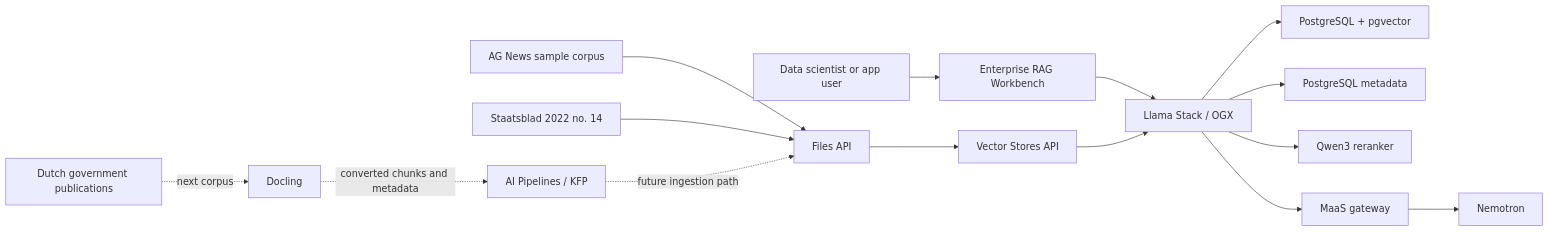
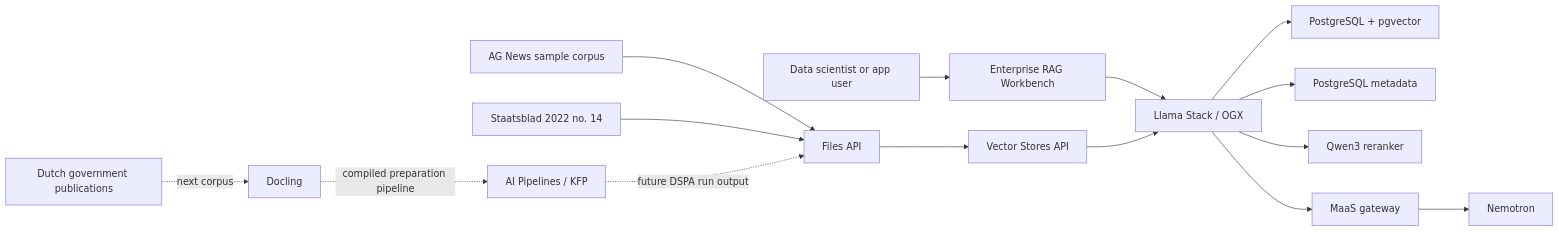
One commit to adnan-drina/rhoai3-demo changed the diagram in stage-230-private-data-rag/README.md. Above: the diagram before and after it, drawn with Mermaid. The commit also changed other lines of this file and 17 other files, not shown here.

Commit message:
feat(stage-230): add dutch docling preparation pipeline

````diff
--- a/stage-230-private-data-rag/README.md
+++ b/stage-230-private-data-rag/README.md
@@ -76,33 +79,33 @@
 ```mermaid
 flowchart LR
   user["Data scientist or app user"]
   corpus["AG News sample corpus"]
   dutch["Staatsblad 2022 no. 14"]
   files["Files API"]
   vectors["Vector Stores API"]
   stack["Llama Stack / OGX"]
   pgvector["PostgreSQL + pgvector"]
   pg["PostgreSQL metadata"]
   reranker["Qwen3 reranker"]
   workbench["Enterprise RAG Workbench"]
   maas["MaaS gateway"]
   nemotron["Nemotron"]
   nl_docs["Dutch government publications"]
   docling["Docling"]
   kfp["AI Pipelines / KFP"]
 
   user --> workbench
   workbench --> stack
   corpus --> files
   dutch --> files
   files --> vectors
   vectors --> stack
   stack --> pgvector
   stack --> pg
   stack --> reranker
   stack --> maas
   maas --> nemotron
   nl_docs -. "next corpus" .-> docling
-  docling -. "converted chunks and metadata" .-> kfp
-  kfp -. "future ingestion path" .-> files
+  docling -. "compiled preparation pipeline" .-> kfp
+  kfp -. "future DSPA run output" .-> files
 ```
````
